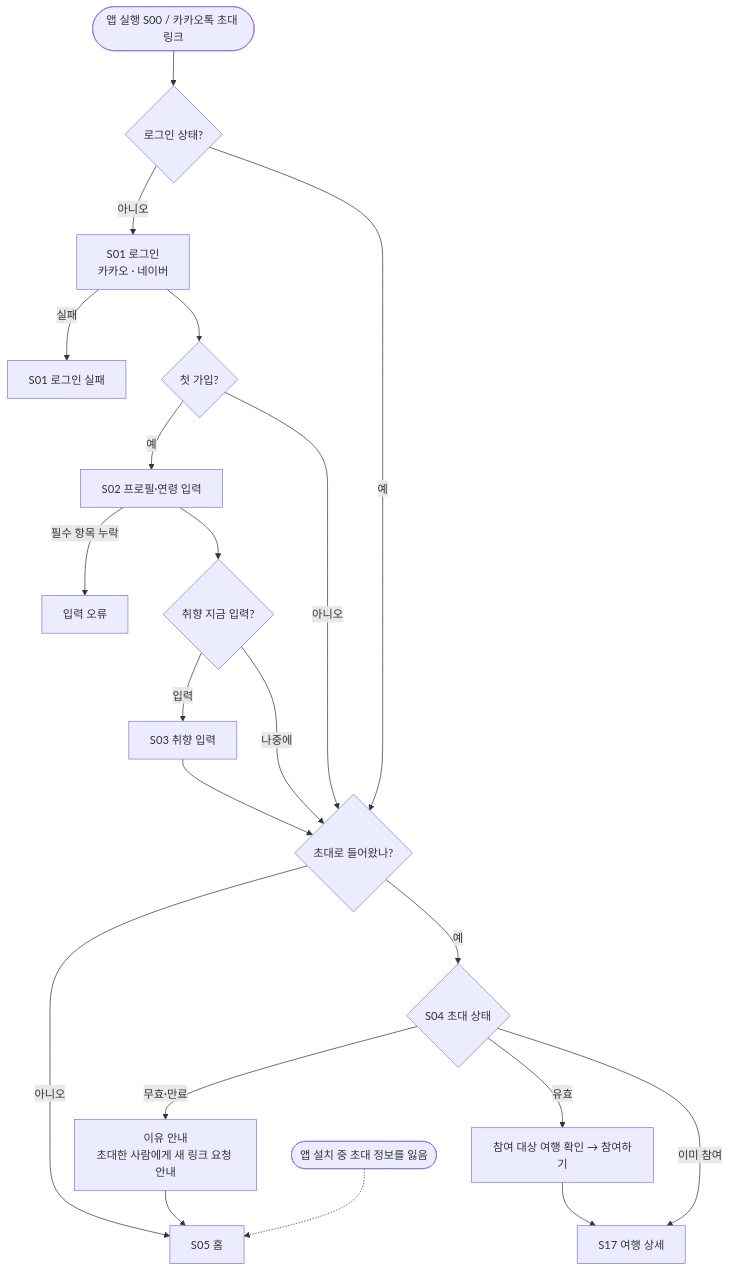
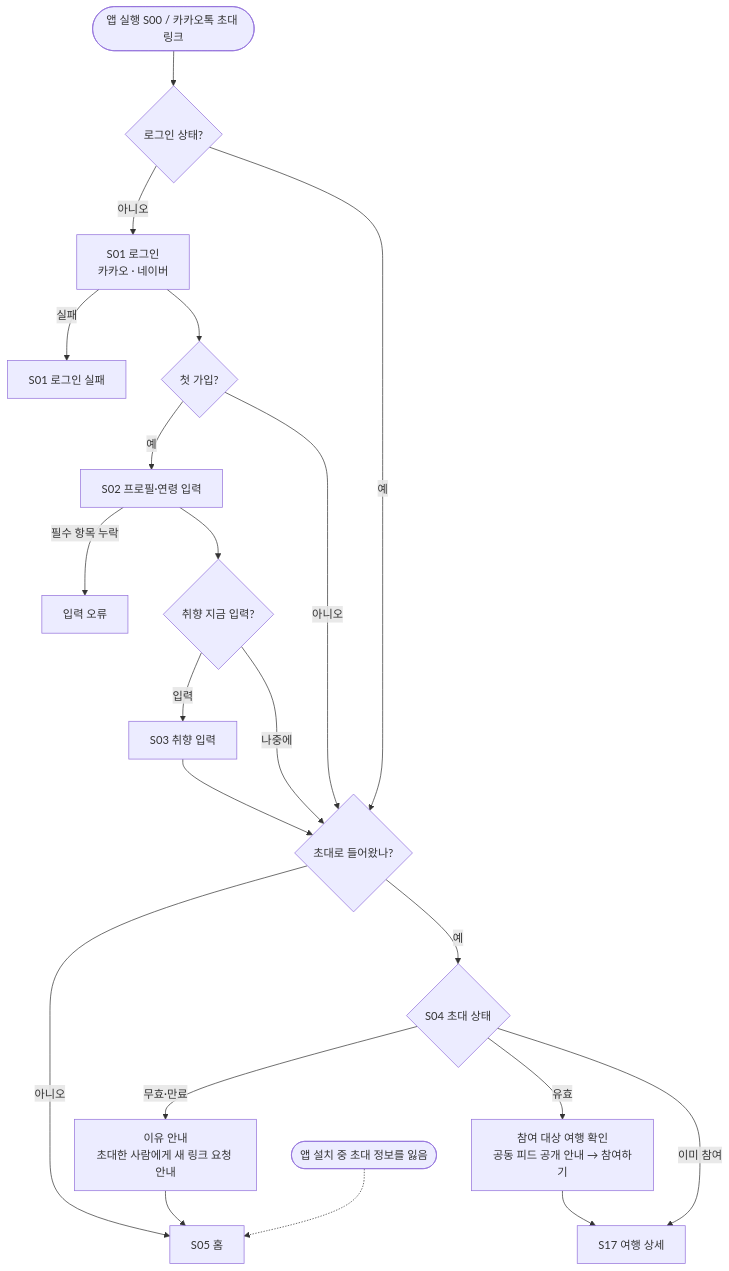
One commit to a204-eodilog/eodilog changed the third of 24 diagrams in docs/flow/user-flow.md. Above: the diagram before and after it, drawn with Mermaid. The commit also changed other lines of this file and 1 other file, not shown here.

````diff
--- a/docs/flow/user-flow.md
+++ b/docs/flow/user-flow.md
@@ -85,20 +86,20 @@
 ```mermaid
 flowchart TD
     S(["앱 실행 S00 / 카카오톡 초대 링크"]) --> L{"로그인 상태?"}
     L -- "아니오" --> S01["S01 로그인<br/>카카오 · 네이버"]
     S01 -- "실패" --> S01F["S01 로그인 실패"]
     S01 --> NEW{"첫 가입?"}
     NEW -- "예" --> S02["S02 프로필·연령 입력"]
     S02 -- "필수 항목 누락" --> S02E["입력 오류"]
     S02 --> TASTE{"취향 지금 입력?"}
     TASTE -- "입력" --> S03["S03 취향 입력"] --> INV
     TASTE -- "나중에" --> INV
     NEW -- "아니오" --> INV
     L -- "예" --> INV{"초대로 들어왔나?"}
     INV -- "아니오" --> S05["S05 홈"]
     INV -- "예" --> S04{"S04 초대 상태"}
-    S04 -- "유효" --> J["참여 대상 여행 확인 → 참여하기"] --> S17["S17 여행 상세"]
+    S04 -- "유효" --> J["참여 대상 여행 확인<br/>공동 피드 공개 안내 → 참여하기"] --> S17["S17 여행 상세"]
     S04 -- "이미 참여" --> S17
     S04 -- "무효·만료" --> X["이유 안내<br/>초대한 사람에게 새 링크 요청 안내"] --> S05
     LOST(["앱 설치 중 초대 정보를 잃음"]) -.-> S05
 ```
````
